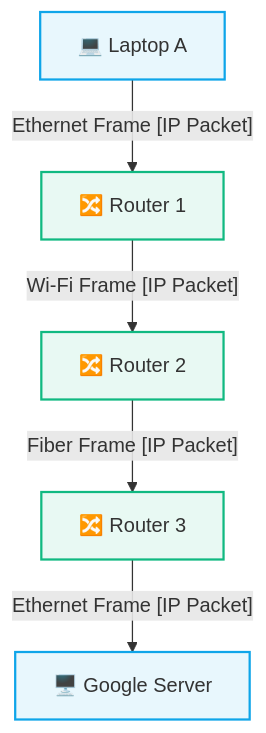
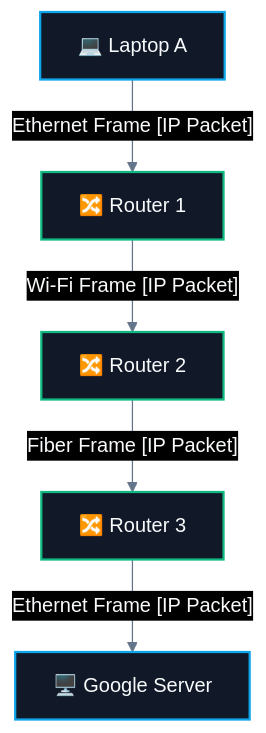
One commit to abhinavbharti2345/CS_Notes changed the fourth of 4 diagrams in CS/Computer Networking/02. Data Flow & Encapsulation/03. Data Units - Segment, Packet, Frame, Bits.md. Above: the diagram before and after it, drawn with Mermaid. The commit also changed other lines of this file and 195 other files, not shown here.

````diff
--- a/CS/Computer Networking/02. Data Flow & Encapsulation/03. Data Units - Segment, Packet, Frame, Bits.md
+++ b/CS/Computer Networking/02. Data Flow & Encapsulation/03. Data Units - Segment, Packet, Frame, Bits.md
@@ -170,12 +173,13 @@
 ```mermaid
+%%{init: {'theme': 'base', 'themeVariables': { 'darkMode': true, 'background': '#0B0F14', 'mainBkg': '#111827', 'primaryColor': '#111827', 'primaryTextColor': '#F8FAFC', 'primaryBorderColor': '#38BDF8', 'lineColor': '#64748B', 'secondaryColor': '#0B0F14', 'tertiaryColor': '#0B0F14', 'clusterBkg': '#0B0F14', 'clusterBorder': '#38BDF8' }}}%%
 flowchart TD
     L["💻 Laptop A"] -->|"Ethernet Frame [IP Packet]"| R1["🔀 Router 1"]
     R1 -->|"Wi-Fi Frame [IP Packet]"| R2["🔀 Router 2"]
     R2 -->|"Fiber Frame [IP Packet]"| R3["🔀 Router 3"]
     R3 -->|"Ethernet Frame [IP Packet]"| S["🖥️ Google Server"]
 
-    classDef host fill:#0ea5e918,stroke:#0ea5e9,stroke-width:1.8px;
-    classDef router fill:#10b98118,stroke:#10b981,stroke-width:1.8px;
+    classDef host fill:#111827,stroke:#0ea5e9,stroke-width:1.8px,color:#F8FAFC;
+    classDef router fill:#111827,stroke:#10b981,stroke-width:1.8px,color:#F8FAFC;
     class L,S host;
     class R1,R2,R3 router;
 ```
````
